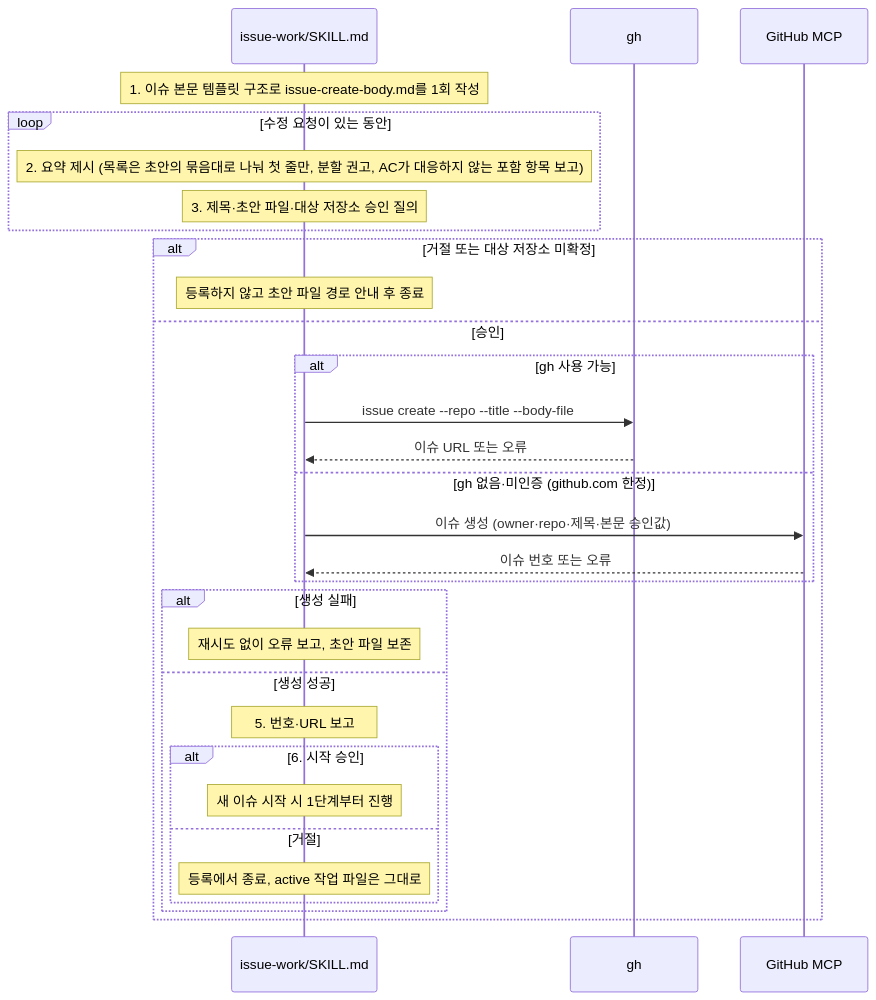
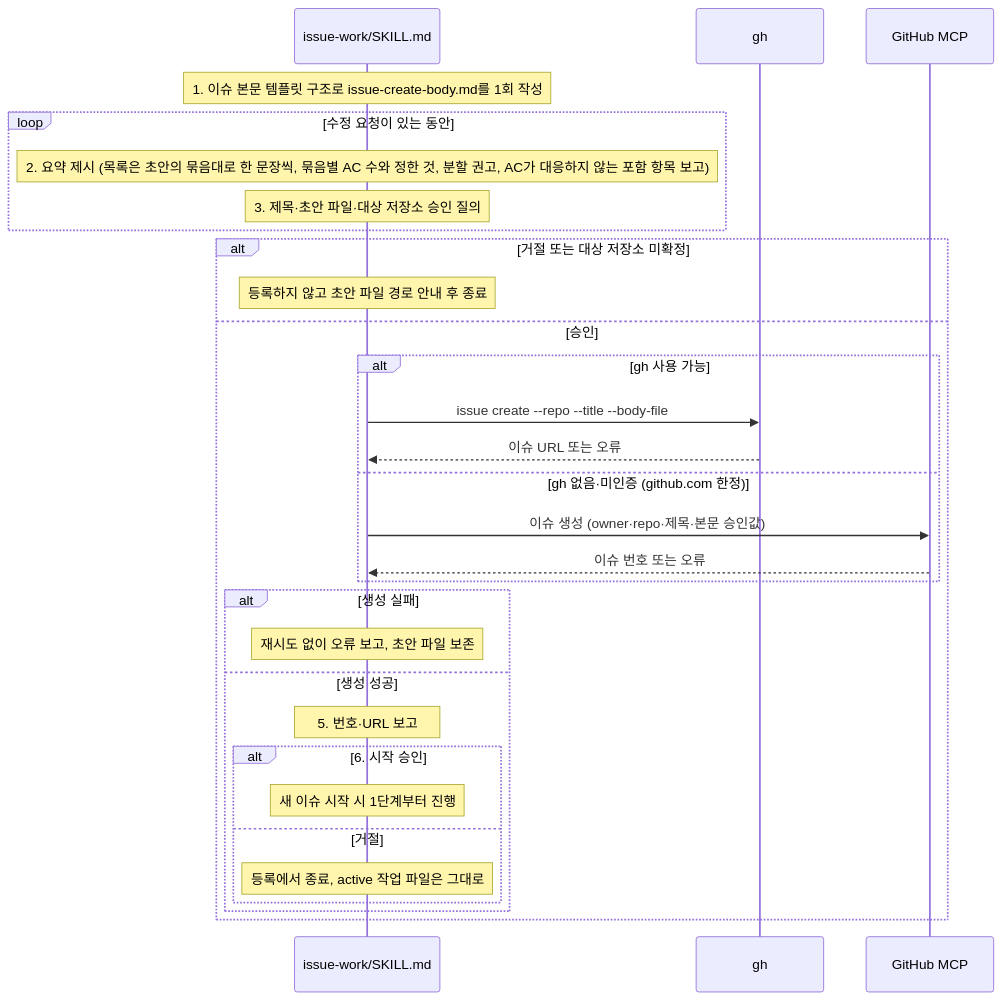
The diagram in .ai/60_codebase/issue-work/create-call-flow.md (scroogy-dev/scroogy-agent-skills), drawn with Mermaid before and after one commit. The commit also changed other lines of this file and 11 other files, not shown here.

````diff
--- a/.ai/60_codebase/issue-work/create-call-flow.md
+++ b/.ai/60_codebase/issue-work/create-call-flow.md
@@ -36,33 +36,33 @@
 ```mermaid
 sequenceDiagram
     participant SK as issue-work/SKILL.md
     participant GH as gh
     participant MCP as GitHub MCP
 
     Note over SK: 1. 이슈 본문 템플릿 구조로 issue-create-body.md를 1회 작성
     loop 수정 요청이 있는 동안
-        Note over SK: 2. 요약 제시 (목록은 초안의 묶음대로 나눠 첫 줄만, 분할 권고, AC가 대응하지 않는 포함 항목 보고)
+        Note over SK: 2. 요약 제시 (목록은 초안의 묶음대로 한 문장씩, 묶음별 AC 수와 정한 것, 분할 권고, AC가 대응하지 않는 포함 항목 보고)
         Note over SK: 3. 제목·초안 파일·대상 저장소 승인 질의
     end
     alt 거절 또는 대상 저장소 미확정
         Note over SK: 등록하지 않고 초안 파일 경로 안내 후 종료
     else 승인
         alt gh 사용 가능
             SK->>GH: issue create --repo --title --body-file
             GH-->>SK: 이슈 URL 또는 오류
         else gh 없음·미인증 (github.com 한정)
             SK->>MCP: 이슈 생성 (owner·repo·제목·본문 승인값)
             MCP-->>SK: 이슈 번호 또는 오류
         end
         alt 생성 실패
             Note over SK: 재시도 없이 오류 보고, 초안 파일 보존
         else 생성 성공
             Note over SK: 5. 번호·URL 보고
             alt 6. 시작 승인
                 Note over SK: 새 이슈 시작 시 1단계부터 진행
             else 거절
                 Note over SK: 등록에서 종료, active 작업 파일은 그대로
             end
         end
     end
 ```
````
